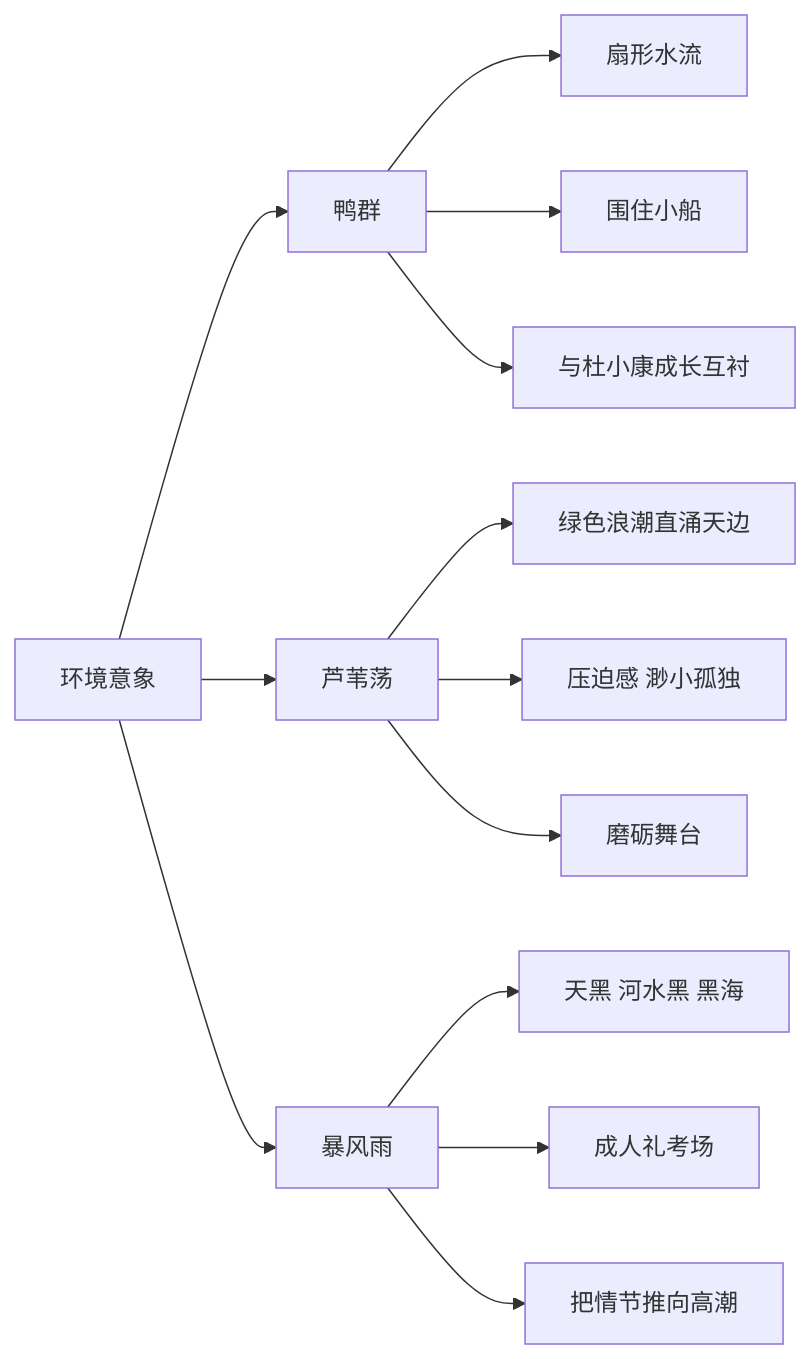
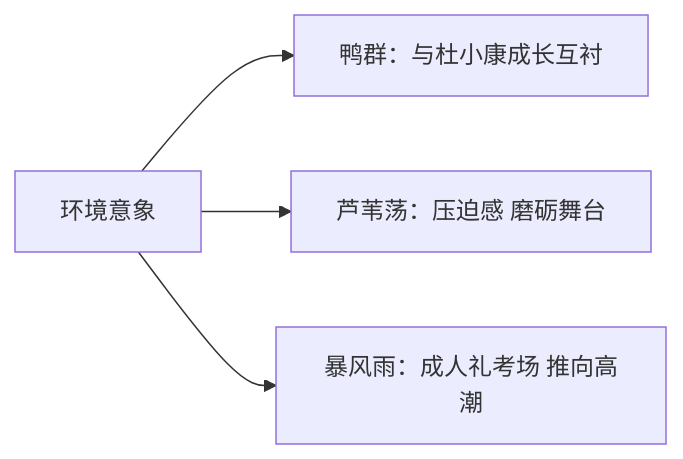
One commit to moirakk/beijing-study-portal changed the second of 2 diagrams in content/chinese/grade9-1/ch4/t3/note.md. Above: the diagram before and after it, drawn with Mermaid. The commit also changed other lines of this file and 6 other files, not shown here.

Commit message:
content: chinese 9a mermaid diagrams

````diff
--- a/content/chinese/grade9-1/ch4/t3/note.md
+++ b/content/chinese/grade9-1/ch4/t3/note.md
@@ -48,15 +40,6 @@
 ```mermaid
 flowchart LR
-    A[环境意象] --> B[鸭群]
-    A --> C[芦苇荡]
-    A --> D[暴风雨]
-    B --> B1[扇形水流]
-    B --> B2[围住小船]
-    B --> B3[与杜小康成长互衬]
-    C --> C1[绿色浪潮直涌天边]
-    C --> C2[压迫感 渺小孤独]
-    C --> C3[磨砺舞台]
-    D --> D1[天黑 河水黑 黑海]
-    D --> D2[成人礼考场]
-    D --> D3[把情节推向高潮]
+    A[环境意象] --> B[鸭群：与杜小康成长互衬]
+    A --> C[芦苇荡：压迫感 磨砺舞台]
+    A --> D[暴风雨：成人礼考场 推向高潮]
 ```
````
